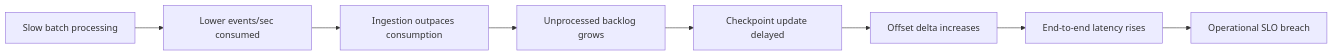
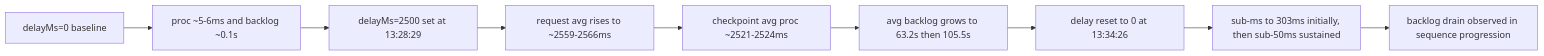
The third of 5 diagrams in docs/troubleshooting/lab-guides/event-hub-checkpoint-lag.md (yeongseon/azure-functions-practical-guide), drawn with Mermaid before and after one commit. The commit also changed other lines of this file and 21 other files, not shown here.

````diff
--- a/docs/troubleshooting/lab-guides/event-hub-checkpoint-lag.md
+++ b/docs/troubleshooting/lab-guides/event-hub-checkpoint-lag.md
@@ -80,10 +125,11 @@
 ```mermaid
 flowchart LR
-    A[Slow batch processing] --> B[Lower events/sec consumed]
-    B --> C[Ingestion outpaces consumption]
-    C --> D[Unprocessed backlog grows]
-    D --> E[Checkpoint update delayed]
-    E --> F[Offset delta increases]
-    F --> G[End-to-end latency rises]
-    G --> H[Operational SLO breach]
+    A[delayMs=0 baseline] --> B[proc ~5-6ms and backlog ~0.1s]
+    B --> C[delayMs=2500 set at 13:28:29]
+    C --> D[request avg rises to ~2559-2566ms]
+    D --> E[checkpoint avg proc ~2521-2524ms]
+    E --> F[avg backlog grows to 63.2s then 105.5s]
+    F --> G[delay reset to 0 at 13:34:26]
+    G --> H[sub-ms to 303ms initially, then sub-50ms sustained]
+    H --> I[backlog drain observed in sequence progression]
 ```
````
